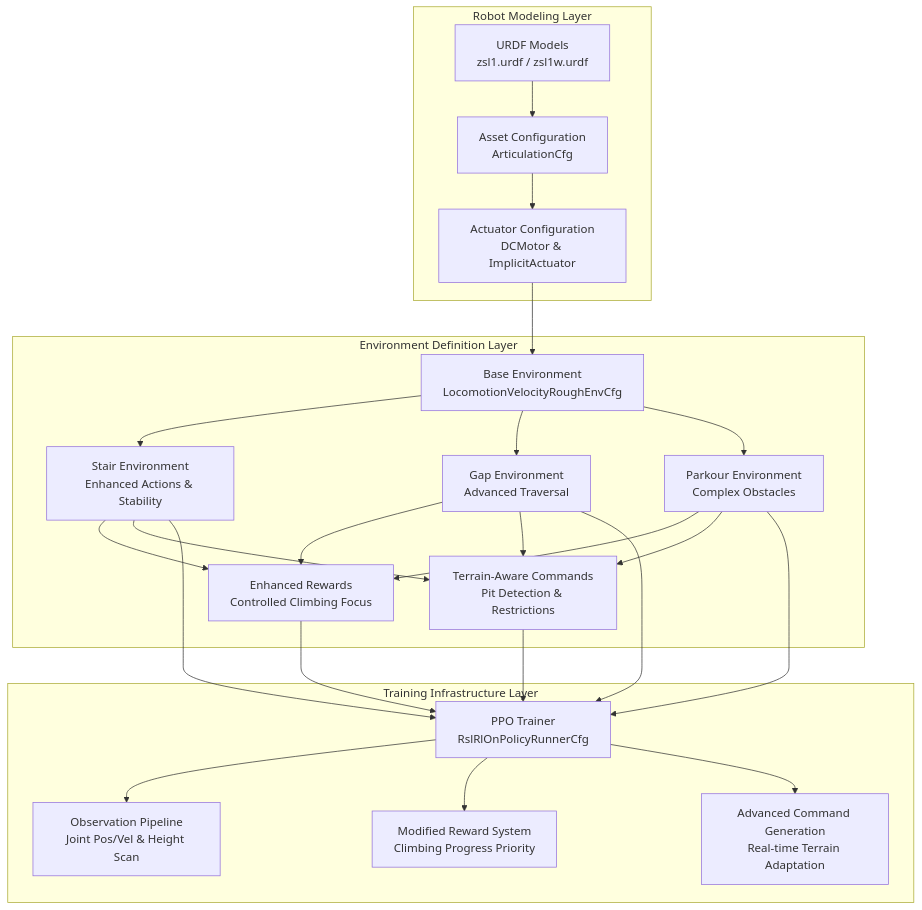
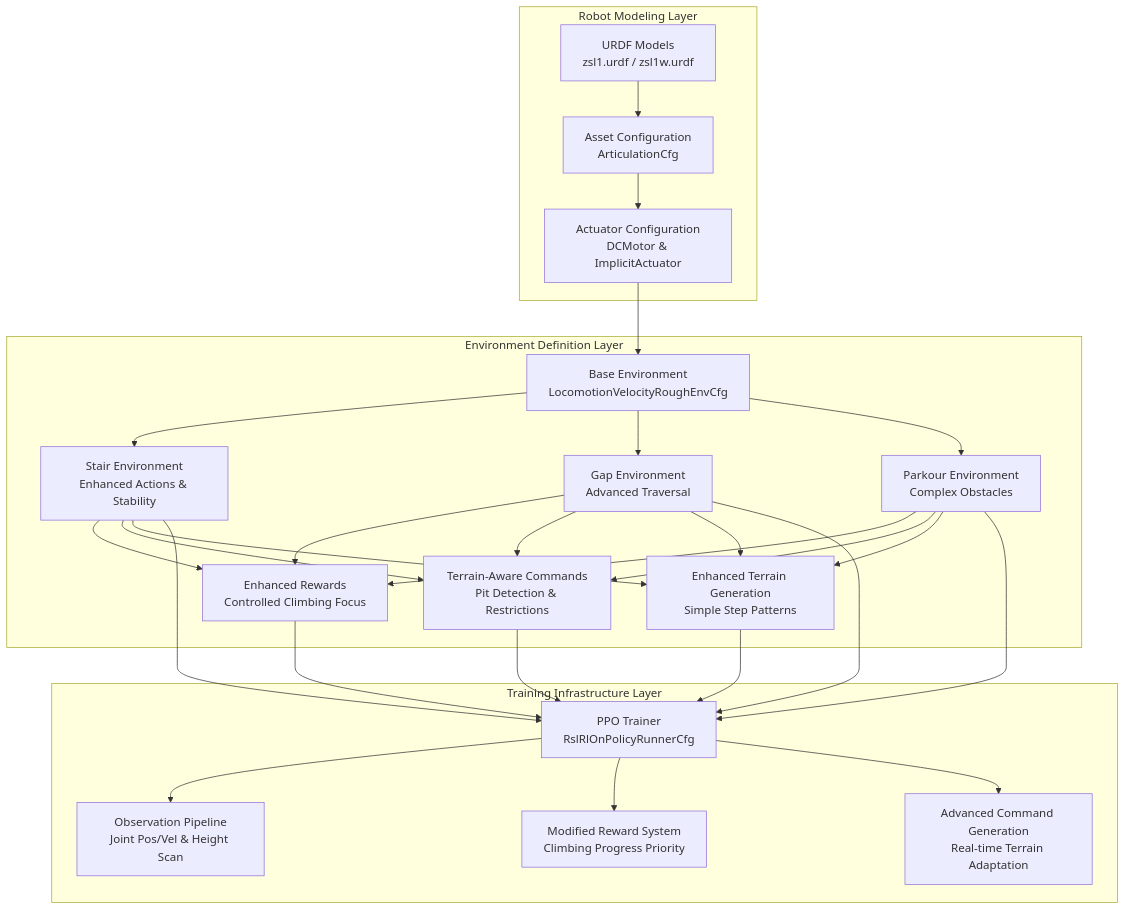
Before and after one commit to jayjayhust/robot_lab: the second of 11 diagrams in .qoder/repowiki/en/content/ZSIBOT ZSL1 Stair Climbing Configuration.md, drawn with Mermaid. The commit also changed other lines of this file and 27 other files, not shown here.

````diff
--- a/.qoder/repowiki/en/content/ZSIBOT ZSL1 Stair Climbing Configuration.md
+++ b/.qoder/repowiki/en/content/ZSIBOT ZSL1 Stair Climbing Configuration.md
@@ -170,42 +174,47 @@
 ```mermaid
 graph TB
 subgraph "Robot Modeling Layer"
 URDF_MODEL["URDF Models<br/>zsl1.urdf / zsl1w.urdf"]
 ASSET_CONFIG["Asset Configuration<br/>ArticulationCfg"]
 ACTUATOR_CONFIG["Actuator Configuration<br/>DCMotor & ImplicitActuator"]
 end
 subgraph "Environment Definition Layer"
 BASE_ENV["Base Environment<br/>LocomotionVelocityRoughEnvCfg"]
 STAIR_ENV["Stair Environment<br/>Enhanced Actions & Stability"]
 GAP_ENV["Gap Environment<br/>Advanced Traversal"]
 PARKOUR_ENV["Parkour Environment<br/>Complex Obstacles"]
 ENHANCED_REWARDS["Enhanced Rewards<br/>Controlled Climbing Focus"]
 TERRAIN_COMMANDS["Terrain-Aware Commands<br/>Pit Detection & Restrictions"]
+TERRAIN_GENERATION["Enhanced Terrain Generation<br/>Simple Step Patterns"]
 end
 subgraph "Training Infrastructure Layer"
 PPO_TRAINER["PPO Trainer<br/>RslRlOnPolicyRunnerCfg"]
 OBSERVATION["Observation Pipeline<br/>Joint Pos/Vel & Height Scan"]
 REWARD_SYSTEM["Modified Reward System<br/>Climbing Progress Priority"]
 COMMAND_GENERATION["Advanced Command Generation<br/>Real-time Terrain Adaptation"]
 end
 URDF_MODEL --> ASSET_CONFIG
 ASSET_CONFIG --> ACTUATOR_CONFIG
 ACTUATOR_CONFIG --> BASE_ENV
 BASE_ENV --> STAIR_ENV
 BASE_ENV --> GAP_ENV
 BASE_ENV --> PARKOUR_ENV
 STAIR_ENV --> ENHANCED_REWARDS
 GAP_ENV --> ENHANCED_REWARDS
 PARKOUR_ENV --> ENHANCED_REWARDS
 STAIR_ENV --> TERRAIN_COMMANDS
 GAP_ENV --> TERRAIN_COMMANDS
 PARKOUR_ENV --> TERRAIN_COMMANDS
+STAIR_ENV --> TERRAIN_GENERATION
+GAP_ENV --> TERRAIN_GENERATION
+PARKOUR_ENV --> TERRAIN_GENERATION
 ENHANCED_REWARDS --> PPO_TRAINER
 TERRAIN_COMMANDS --> PPO_TRAINER
+TERRAIN_GENERATION --> PPO_TRAINER
 STAIR_ENV --> PPO_TRAINER
 GAP_ENV --> PPO_TRAINER
 PARKOUR_ENV --> PPO_TRAINER
 PPO_TRAINER --> OBSERVATION
 PPO_TRAINER --> REWARD_SYSTEM
 PPO_TRAINER --> COMMAND_GENERATION
 ```
````
